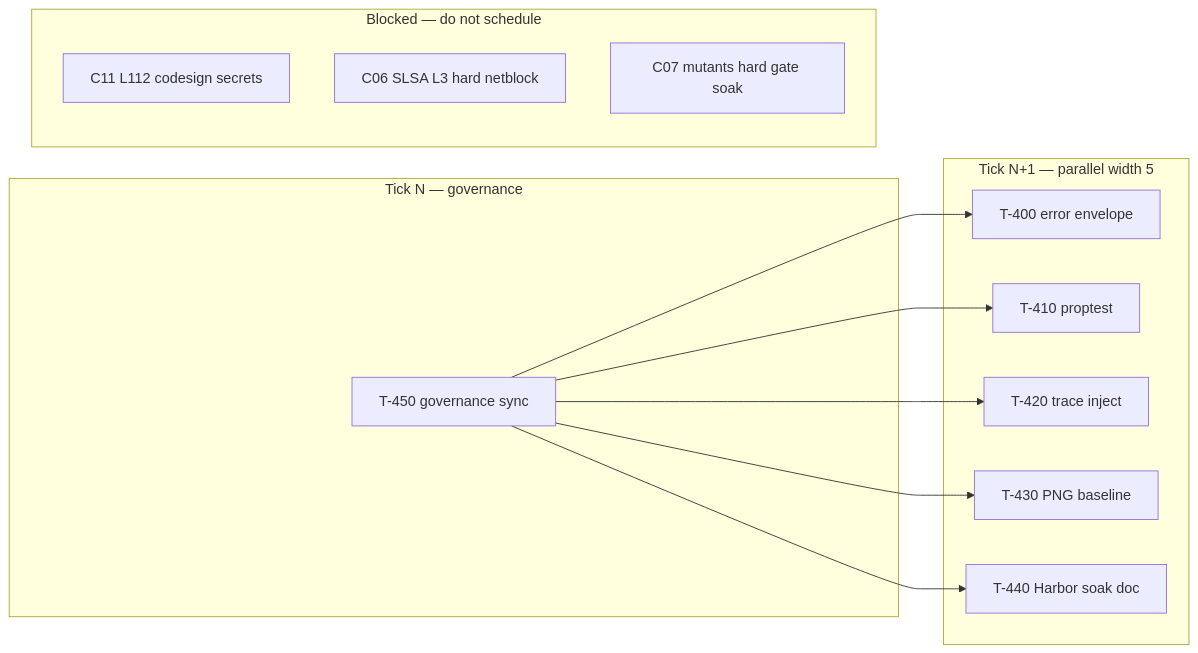
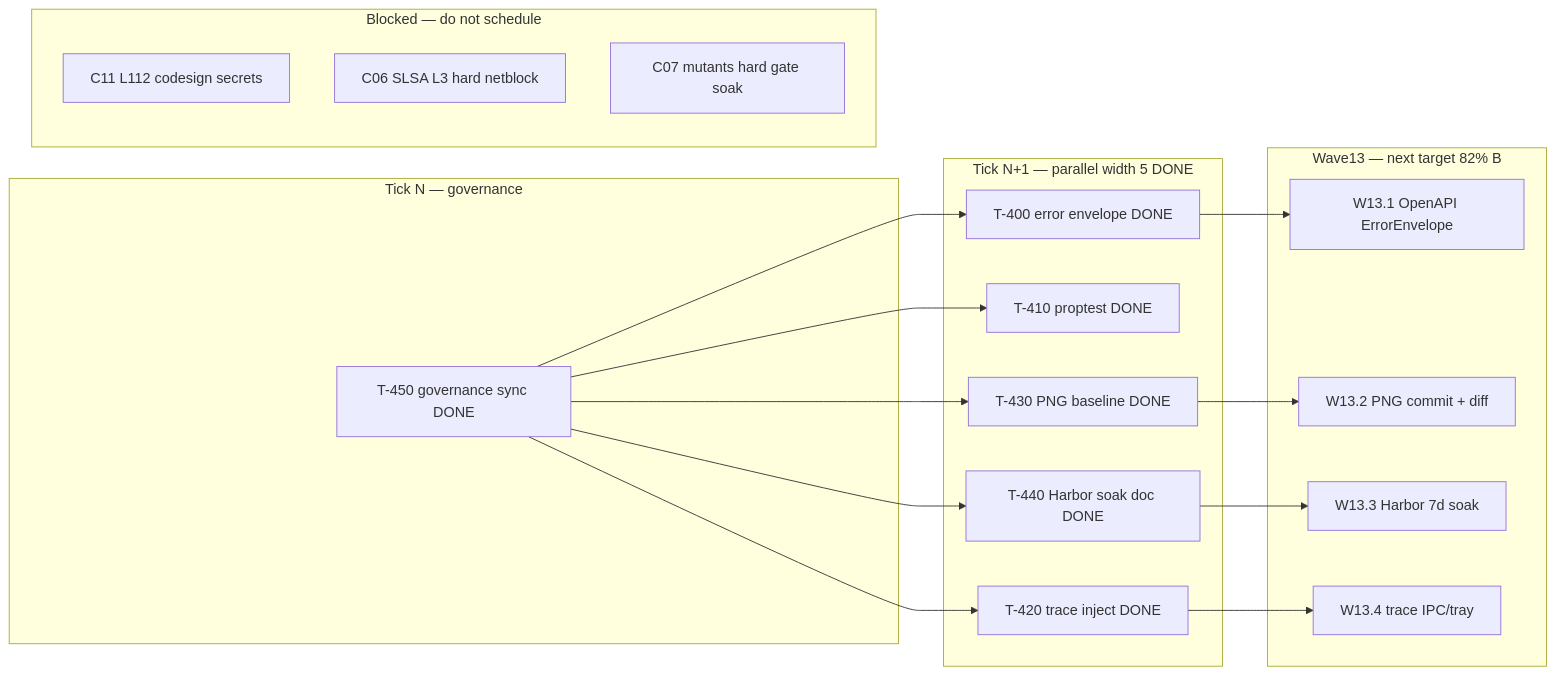
Before and after one commit to KooshaPari/sharecli: the diagram in docs/ops/governance/PERT-DAG-W12.md, drawn with Mermaid. The commit also changed other lines of this file and 10 other files, not shown here.

First line of the commit message:
chore(governance): Wave12 closeout sync after #326-#330 (FR-003)

````diff
--- a/docs/ops/governance/PERT-DAG-W12.md
+++ b/docs/ops/governance/PERT-DAG-W12.md
@@ -23,23 +24,33 @@
 ```mermaid
 flowchart LR
   subgraph tick_n["Tick N — governance"]
-    T450[T-450 governance sync]
+    T450[T-450 governance sync DONE]
   end
-  subgraph tick_n1["Tick N+1 — parallel width 5"]
-    T400[T-400 error envelope]
-    T410[T-410 proptest]
-    T420[T-420 trace inject]
-    T430[T-430 PNG baseline]
-    T440[T-440 Harbor soak doc]
+  subgraph tick_n1["Tick N+1 — parallel width 5 DONE"]
+    T400[T-400 error envelope DONE]
+    T410[T-410 proptest DONE]
+    T420[T-420 trace inject DONE]
+    T430[T-430 PNG baseline DONE]
+    T440[T-440 Harbor soak doc DONE]
+  end
+  subgraph wave13["Wave13 — next target 82% B"]
+    W131[W13.1 OpenAPI ErrorEnvelope]
+    W132[W13.2 PNG commit + diff]
+    W133[W13.3 Harbor 7d soak]
+    W134[W13.4 trace IPC/tray]
   end
   subgraph blocked["Blocked — do not schedule"]
     L112[C11 L112 codesign secrets]
     SLSA[C06 SLSA L3 hard netblock]
     MUT[C07 mutants hard gate soak]
   end
   T450 --> T400
   T450 --> T410
   T450 --> T420
   T450 --> T430
   T450 --> T440
+  T400 --> W131
+  T430 --> W132
+  T440 --> W133
+  T420 --> W134
 ```
````
